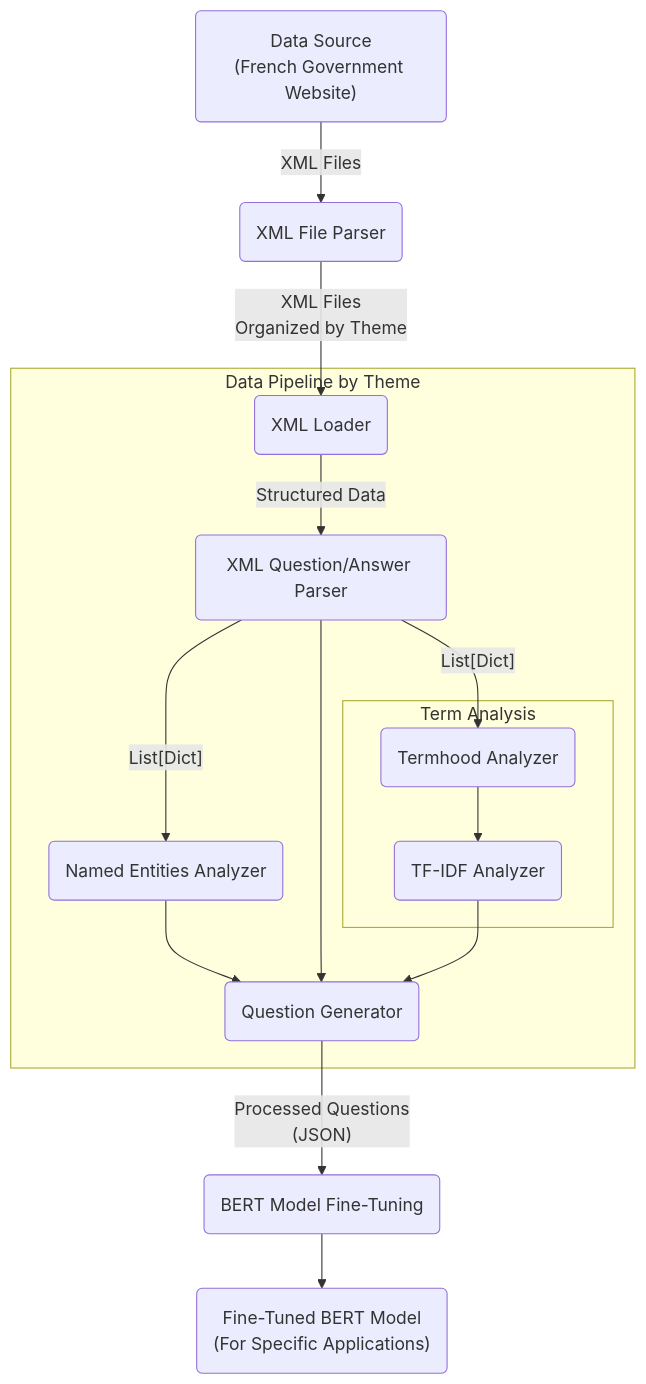
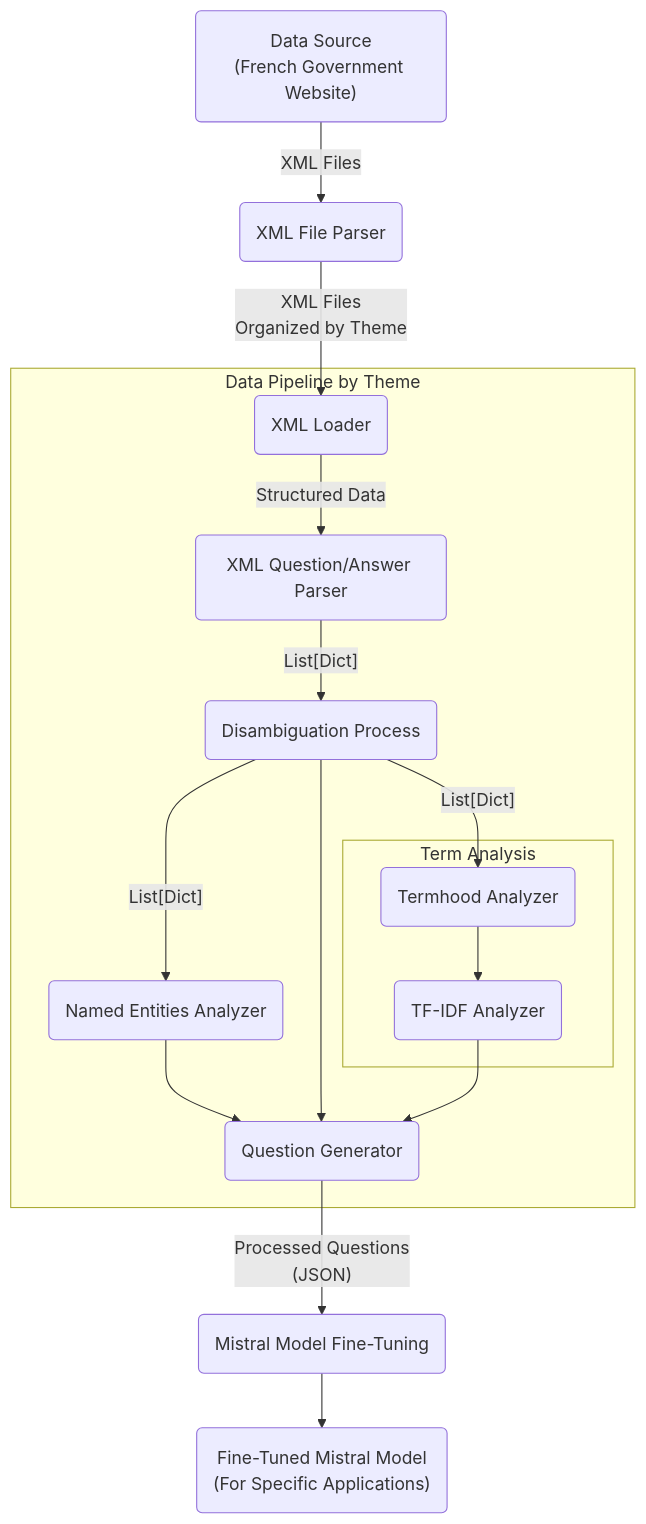
Before and after one commit to neoseb59/ChatBot_NLP: the diagram in README.md, drawn with Mermaid. The commit also changed other lines of this file, not shown here.

````diff
--- a/README.md
+++ b/README.md
@@ -15,26 +29,27 @@
 ```mermaid
 graph TD
 
     A("Data Source\n(French Government Website)") -- "XML Files" --> B("XML File Parser")
     B -- "XML Files\nOrganized by Theme" --> C("XML Loader")
     
     subgraph "Data Pipeline by Theme"
         C -- "Structured Data" --> D("XML Question/Answer Parser")
-        D -- "List[Dict]" --> F("Termhood Analyzer")
+        D -- "List[Dict]" --> K("Disambiguation Process")
+        K -- "List[Dict]" --> F("Termhood Analyzer")
         
         subgraph "Term Analysis"
             F --> G("TF-IDF Analyzer")
         end
 
-        D -- "List[Dict]" --> E("Named Entities Analyzer")
+        K -- "List[Dict]" --> E("Named Entities Analyzer")
         E --> H("Question Generator")
-        D --> H
+        K --> H
         G --> H
     end
 
-    H -- "Processed Questions\n(JSON)" --> I("BERT Model Fine-Tuning")
-    I --> J("Fine-Tuned BERT Model\n(For Specific Applications)")
+    H -- "Processed Questions\n(JSON)" --> I("Mistral Model Fine-Tuning")
+    I --> J("Fine-Tuned Mistral Model\n(For Specific Applications)")
 
     class A,B,C,D,E,F,G,H,I,J nodeStyle;
 
 ```
````
